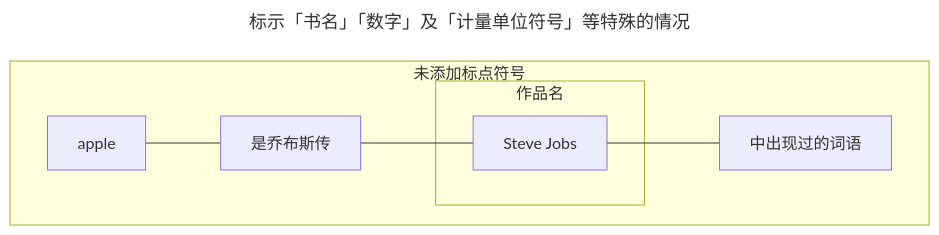
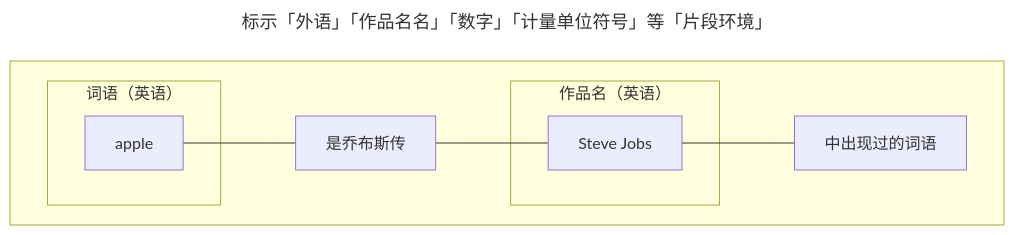
The second of 4 diagrams in README.md (saveweb/general-writing-laws), drawn with Mermaid before and after one commit. The commit also changed other lines of this file, not shown here.

````diff
--- a/README.md
+++ b/README.md
@@ -176,21 +176,24 @@
     ```mermaid
     ---
-    title: "标示「书名」「数字」及「计量单位符号」等特殊的情况"
+    title: "标示「外语」「作品名名」「数字」「计量单位符号」等「片段环境」"
     ---
     flowchart TD
 
         %% apple 是乔布斯传 _Steve Jobs_ 中出现过的词语。
 
         1A["apple"]
         1B["是乔布斯传"]
         1C["Steve Jobs"]
         1D["中出现过的词语"]
 
-        subgraph Sub_A[未添加标点符号]
+        subgraph Sub_A[ ]
             direction LR
-                subgraph Sub_E[作品名]
+                subgraph Sub_E["作品名（英语）"]
                     1C
+                end
+                subgraph Sub_F["词语（英语）"]
+                    1A
                 end
             1A --- 1B --- 1C --- 1D
         end
     ```
````
